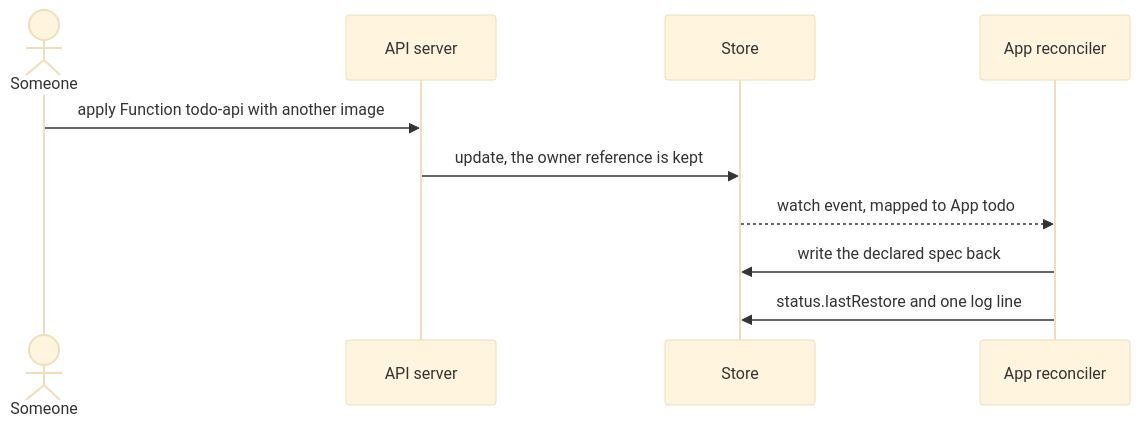
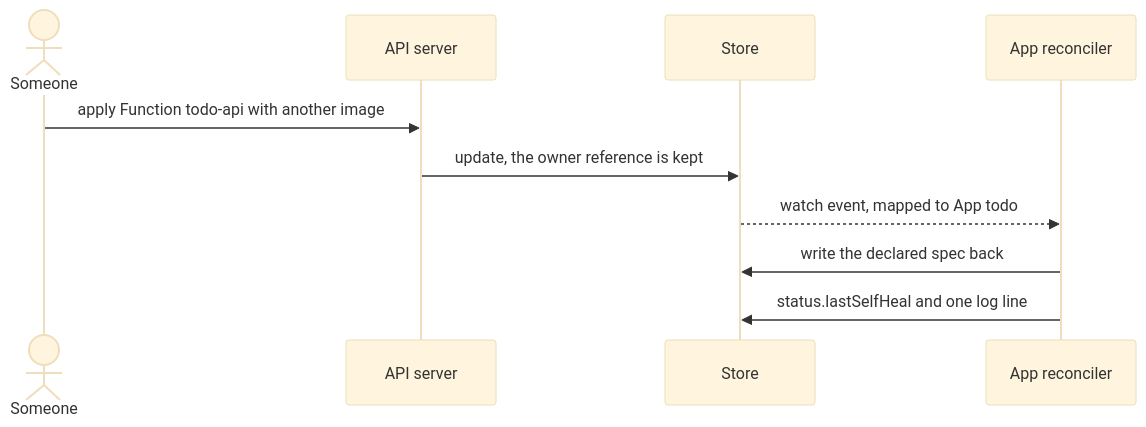
Before and after one commit to pyvvo/funcd: the seventh of 7 diagrams in docs/feat/0010-feat-apps.md, drawn with Mermaid (base theme). The commit also changed other lines of this file and 1 other file, not shown here.

````diff
--- a/docs/feat/0010-feat-apps.md
+++ b/docs/feat/0010-feat-apps.md
@@ -414,12 +414,12 @@
 ```mermaid
 sequenceDiagram
     actor P as Someone
     participant API as API server
     participant ST as Store
     participant AR as App reconciler
     P->>API: apply Function todo-api with another image
     API->>ST: update, the owner reference is kept
     ST-->>AR: watch event, mapped to App todo
     AR->>ST: write the declared spec back
-    AR->>ST: status.lastRestore and one log line
+    AR->>ST: status.lastSelfHeal and one log line
 ```
````
